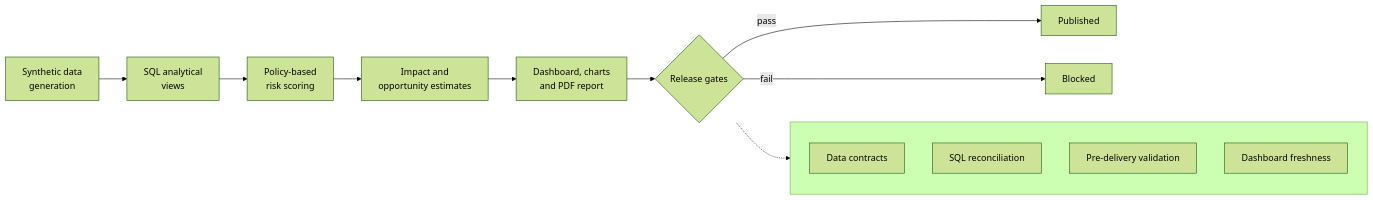
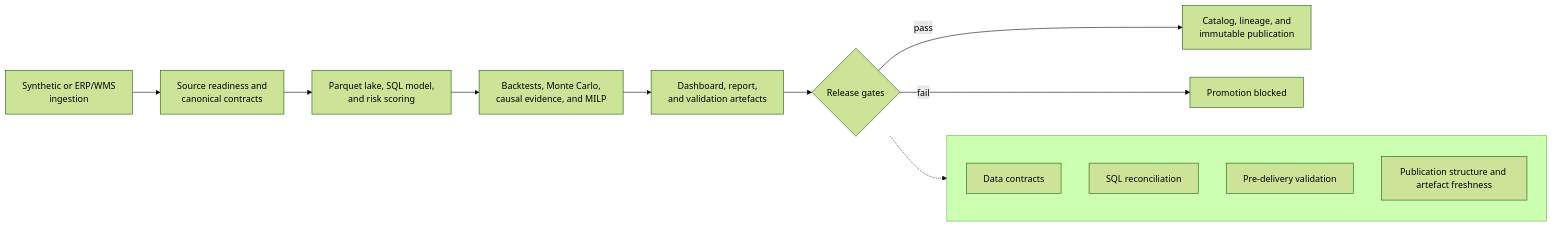
One commit to mfidalgomartins/supply-chain-service-inventory-intelligence changed the diagram in README.md. Above: the diagram before and after it, drawn with Mermaid (forest theme). The commit also changed other lines of this file and 91 other files, not shown here.

````diff
--- a/README.md
+++ b/README.md
@@ -44,19 +58,19 @@
 ```mermaid
 flowchart LR
-    A[Synthetic data\ngeneration] --> B[SQL analytical\nviews]
-    B --> C[Policy-based\nrisk scoring]
-    C --> D[Impact and\nopportunity estimates]
-    D --> E[Dashboard, charts\nand PDF report]
+    A[Synthetic or ERP/WMS\ningestion] --> B[Source readiness and\ncanonical contracts]
+    B --> C[Parquet lake, SQL model,\nand risk scoring]
+    C --> D[Backtests, Monte Carlo,\ncausal evidence, and MILP]
+    D --> E[Dashboard, report,\nand validation artefacts]
     E --> F{Release gates}
-    F -->|pass| G[Published]
-    F -->|fail| H[Blocked]
+    F -->|pass| G[Catalog, lineage, and\nimmutable publication]
+    F -->|fail| H[Promotion blocked]
 
     subgraph Gates[" "]
         direction TB
         G1[Data contracts]
         G2[SQL reconciliation]
         G3[Pre-delivery validation]
-        G4[Dashboard freshness]
+        G4[Publication structure and artefact freshness]
     end
     F -.-> Gates
 ```
````
